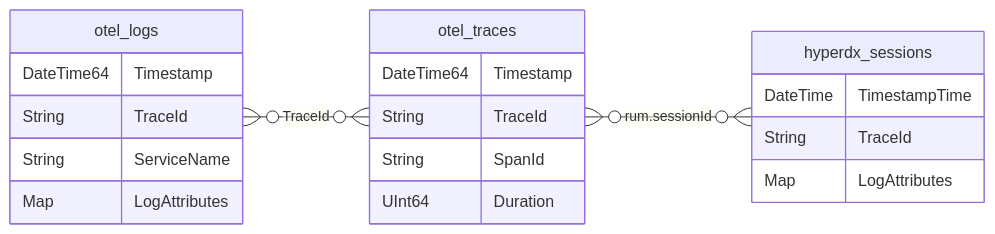
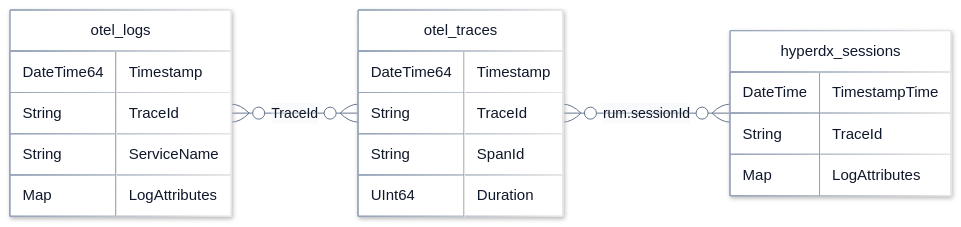
Before and after one commit to hyperi-io/dfe-hyperdx: the second of 2 diagrams in docs/architecture/clickhouse-data-model.md, drawn with Mermaid. The commit also changed other lines of this file and 16 other files, not shown here.

First line of the commit message:
docs(diagrams): apply the house diagram style (#233)

````diff
--- a/docs/architecture/clickhouse-data-model.md
+++ b/docs/architecture/clickhouse-data-model.md
@@ -67,25 +115,63 @@
 ```mermaid
+---
+config:
+  theme: base
+  look: neo
+  fontFamily: Inter, -apple-system, Segoe UI, Roboto, Helvetica, Arial, sans-serif
+  themeVariables:
+    fontSize: 15px
+    lineColor: "#64748B"
+    primaryTextColor: "#0F172A"
+    primaryColor: "#FFFFFF"
+    primaryBorderColor: "#94A3B8"
+    tertiaryColor: "#F4F6F8"
+    edgeLabelBackground: "#FFFFFF"
+    actorBkg: "#FFFFFF"
+    actorBorder: "#94A3B8"
+    actorTextColor: "#0F172A"
+    actorLineColor: "#94A3B8"
+    signalColor: "#64748B"
+    signalTextColor: "#0F172A"
+    sequenceNumberColor: "#FFFFFF"
+    noteBkgColor: "#FFFFFF"
+    noteBorderColor: "#94A3B8"
+    noteTextColor: "#0F172A"
+    labelBoxBkgColor: "#FFFFFF"
+    labelBoxBorderColor: "#94A3B8"
+    labelTextColor: "#0F172A"
+    loopTextColor: "#0F172A"
+  themeCSS: >-
+    p{margin:0}
+    .labelBkg{background:transparent!important}
+    span.edgeLabel{display:inline-block;background:#FFFFFF!important;color:#1E293B;border:1px solid #94A3B8;border-radius:999px;padding:2px 10px;font-size:12px;font-weight:500}
+    span.edgeLabel p{background:transparent!important}
+    .messageText{fill:#0F172A;stroke:#FFFFFF;stroke-width:4px;paint-order:stroke;stroke-linejoin:round}
+    .loopText,.loopText tspan{fill:#0F172A;stroke:#FFFFFF;stroke-width:4px;paint-order:stroke;stroke-linejoin:round}
+    .loopLine{stroke:#64748B}
+    .actor{rx:10px;ry:10px;filter:drop-shadow(0 1px 2px rgba(15,23,42,.10)) drop-shadow(0 6px 14px rgba(15,23,42,.10))}
+    .actor-line{stroke-dasharray:4 4}
+---
 erDiagram
-    direction LR
-    accTitle: L4 Detail -- Upstream telemetry tables
-    accDescr: otel_logs and otel_traces share TraceId, and otel_traces links to hyperdx_sessions through the rum.sessionId attribute.
-    otel_logs {
-        DateTime64 Timestamp
-        String TraceId
-        String ServiceName
-        Map LogAttributes
-    }
-    otel_traces {
-        DateTime64 Timestamp
-        String TraceId
-        String SpanId
-        UInt64 Duration
-    }
-    hyperdx_sessions {
-        DateTime TimestampTime
-        String TraceId
-        Map LogAttributes
-    }
-    otel_logs }o--o{ otel_traces : "TraceId"
-    otel_traces }o--o{ hyperdx_sessions : "rum.sessionId"
+  direction LR
+  accTitle: L4 Detail -- Upstream telemetry tables
+  accDescr: otel_logs and otel_traces share TraceId, and otel_traces links to hyperdx_sessions through the rum.sessionId attribute.
+  otel_logs {
+    DateTime64 Timestamp
+    String TraceId
+    String ServiceName
+    Map LogAttributes
+  }
+  otel_traces {
+    DateTime64 Timestamp
+    String TraceId
+    String SpanId
+    UInt64 Duration
+  }
+  hyperdx_sessions {
+    DateTime TimestampTime
+    String TraceId
+    Map LogAttributes
+  }
+  otel_logs }o--o{ otel_traces : "TraceId"
+  otel_traces }o--o{ hyperdx_sessions : "rum.sessionId"
 ```
````
